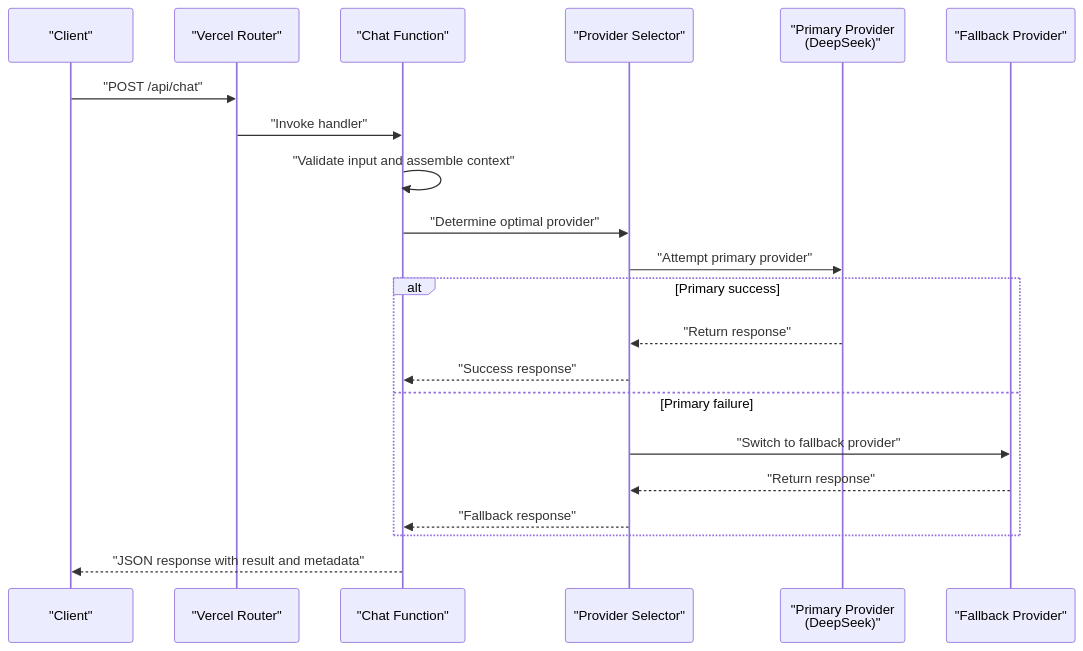
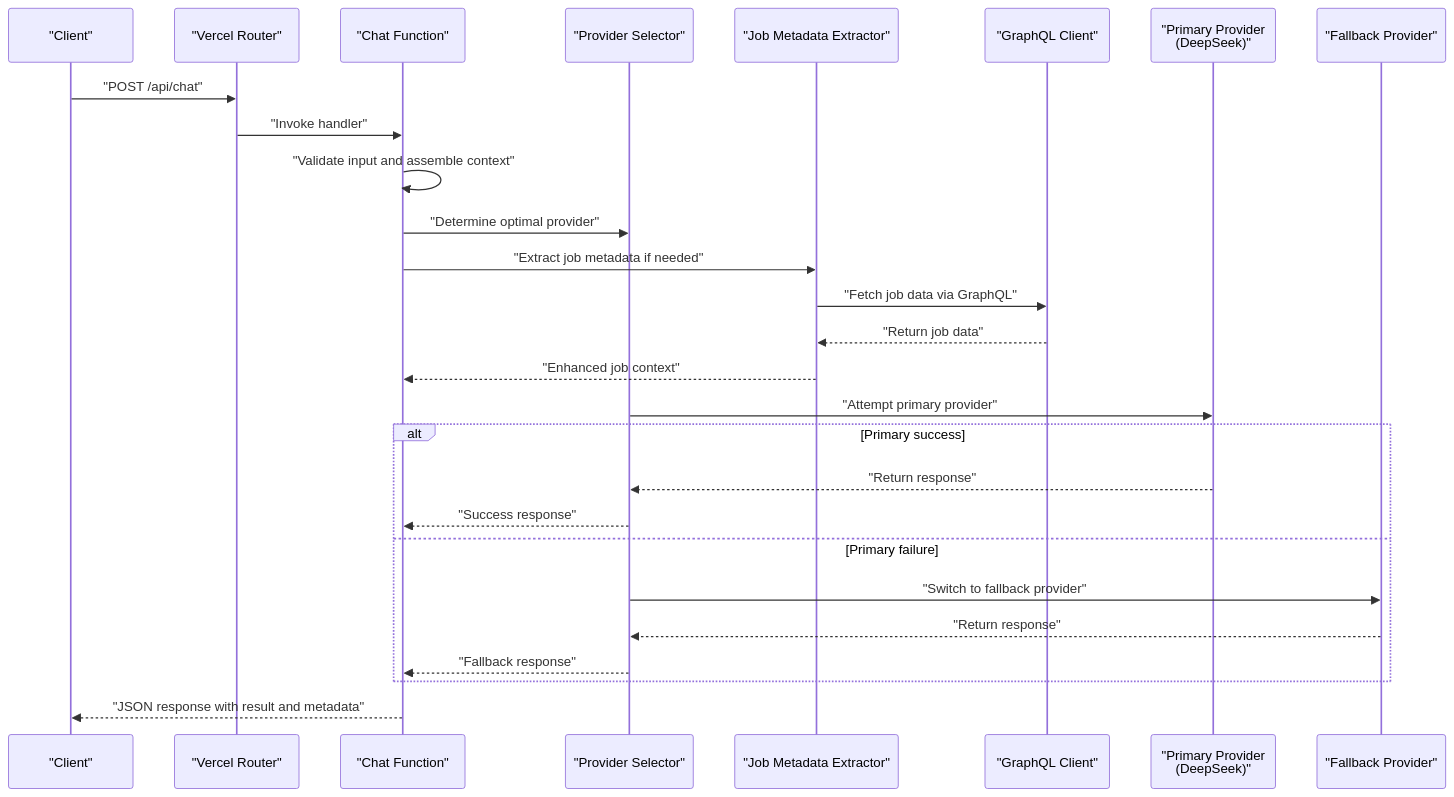
Before and after one commit to zmyeo54/briefroom: the second of 8 diagrams in .qoder/repowiki/en/content/API Reference/Chat API.md, drawn with Mermaid. The commit also changed other lines of this file and 16 other files, not shown here.

First line of the commit message:
feat(api): enhance job metadata integration and error handling

````diff
--- a/.qoder/repowiki/en/content/API Reference/Chat API.md
+++ b/.qoder/repowiki/en/content/API Reference/Chat API.md
@@ -83,23 +99,29 @@
 ```mermaid
 sequenceDiagram
 participant C as "Client"
 participant V as "Vercel Router"
 participant F as "Chat Function"
 participant PS as "Provider Selector"
+participant JM as "Job Metadata Extractor"
+participant GQ as "GraphQL Client"
 participant P1 as "Primary Provider<br/>(DeepSeek)"
 participant P2 as "Fallback Provider"
 C->>V : "POST /api/chat"
 V->>F : "Invoke handler"
 F->>F : "Validate input and assemble context"
 F->>PS : "Determine optimal provider"
+F->>JM : "Extract job metadata if needed"
+JM->>GQ : "Fetch job data via GraphQL"
+GQ-->>JM : "Return job data"
+JM-->>F : "Enhanced job context"
 PS->>P1 : "Attempt primary provider"
 alt Primary success
 P1-->>PS : "Return response"
 PS-->>F : "Success response"
 else Primary failure
 PS->>P2 : "Switch to fallback provider"
 P2-->>PS : "Return response"
 PS-->>F : "Fallback response"
 end
 F-->>C : "JSON response with result and metadata"
 ```
````
